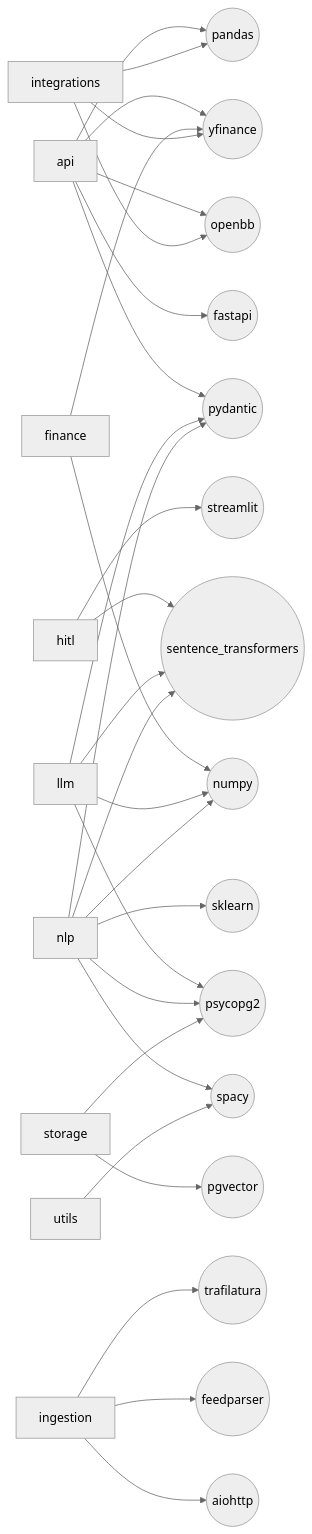
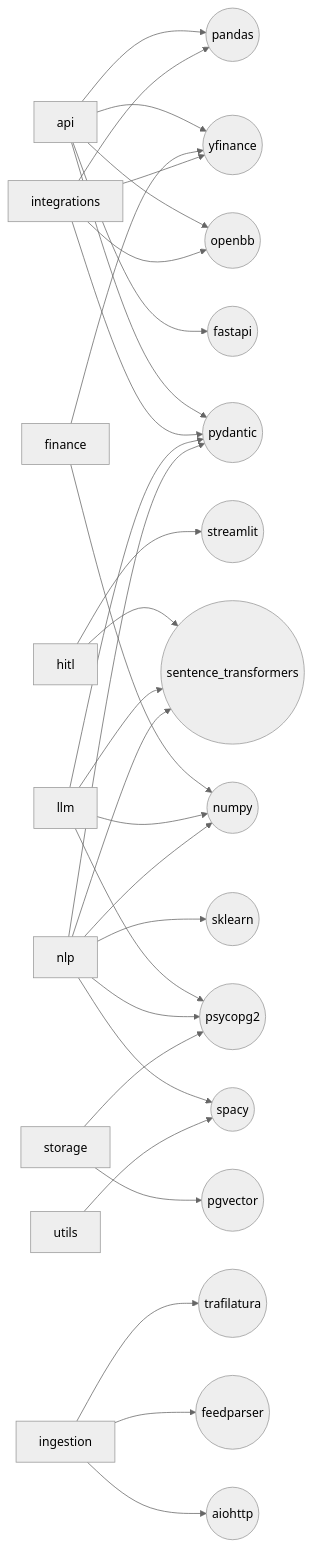
The second of 6 diagrams in docs/generated/imports.md (TommasoFazzi/MACROINTEL), drawn with Mermaid (neutral theme) before and after one commit.

Commit message:
docs(auto): update Python import graph [skip ci]

````diff
--- a/docs/generated/imports.md
+++ b/docs/generated/imports.md
@@ -68,47 +68,48 @@
 ```mermaid
 flowchart LR
     EXT_aiohttp(("aiohttp"))
     EXT_fastapi(("fastapi"))
     EXT_feedparser(("feedparser"))
     EXT_numpy(("numpy"))
     EXT_openbb(("openbb"))
     EXT_pandas(("pandas"))
     EXT_pgvector(("pgvector"))
     EXT_psycopg2(("psycopg2"))
     EXT_pydantic(("pydantic"))
     EXT_sentence_transformers(("sentence_transformers"))
     EXT_sklearn(("sklearn"))
     EXT_spacy(("spacy"))
     EXT_streamlit(("streamlit"))
     EXT_trafilatura(("trafilatura"))
     EXT_yfinance(("yfinance"))
 
     api --> EXT_fastapi
     api --> EXT_openbb
     api --> EXT_pandas
     api --> EXT_pydantic
     api --> EXT_yfinance
     finance --> EXT_numpy
     finance --> EXT_yfinance
     hitl --> EXT_sentence_transformers
     hitl --> EXT_streamlit
     ingestion --> EXT_aiohttp
     ingestion --> EXT_feedparser
     ingestion --> EXT_trafilatura
     integrations --> EXT_openbb
     integrations --> EXT_pandas
+    integrations --> EXT_pydantic
     integrations --> EXT_yfinance
     llm --> EXT_numpy
     llm --> EXT_psycopg2
     llm --> EXT_pydantic
     llm --> EXT_sentence_transformers
     nlp --> EXT_numpy
     nlp --> EXT_psycopg2
     nlp --> EXT_pydantic
     nlp --> EXT_sentence_transformers
     nlp --> EXT_sklearn
     nlp --> EXT_spacy
     storage --> EXT_pgvector
     storage --> EXT_psycopg2
     utils --> EXT_spacy
 ```
````
